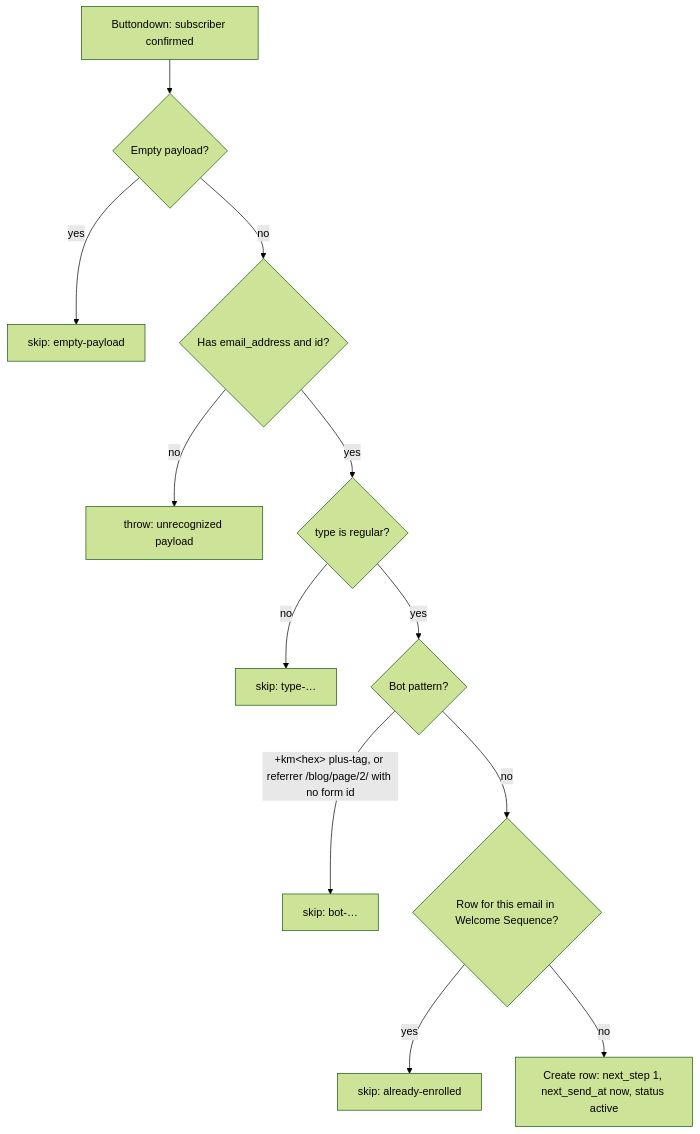
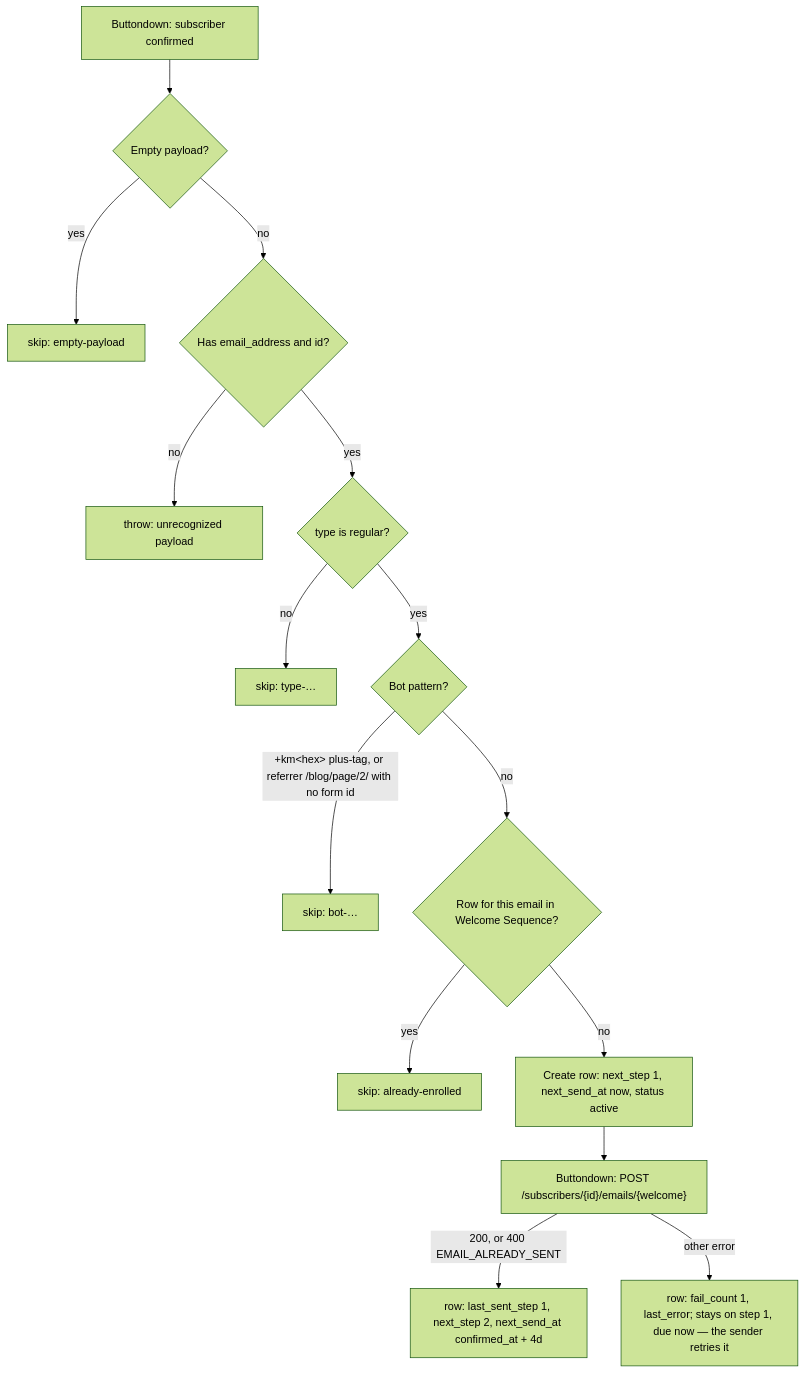
One commit to work-flowers/zapier-sdk changed the diagram in flow-statements-welcome-enrol/README.md. Above: the diagram before and after it, drawn with Mermaid (forest theme). The commit also changed other lines of this file and 16 other files, not shown here.

````diff
--- a/flow-statements-welcome-enrol/README.md
+++ b/flow-statements-welcome-enrol/README.md
@@ -13,14 +13,17 @@
 ```mermaid
 flowchart TD
   A[Buttondown: subscriber confirmed] --> B{Empty payload?}
   B -- yes --> S0[skip: empty-payload]
   B -- no --> C{Has email_address and id?}
   C -- no --> ERR[throw: unrecognized payload]
   C -- yes --> D{type is regular?}
   D -- no --> S1[skip: type-…]
   D -- yes --> E{Bot pattern?}
   E -- "+km&lt;hex&gt; plus-tag, or referrer /blog/page/2/ with no form id" --> S2[skip: bot-…]
   E -- no --> F{Row for this email in Welcome Sequence?}
   F -- yes --> S3[skip: already-enrolled]
   F -- no --> G["Create row: next_step 1, next_send_at now, status active"]
+  G --> H["Buttondown: POST /subscribers/{id}/emails/{welcome}"]
+  H -- "200, or 400 EMAIL_ALREADY_SENT" --> I["row: last_sent_step 1, next_step 2, next_send_at confirmed_at + 4d"]
+  H -- other error --> J["row: fail_count 1, last_error; stays on step 1, due now — the sender retries it"]
 ```
````
